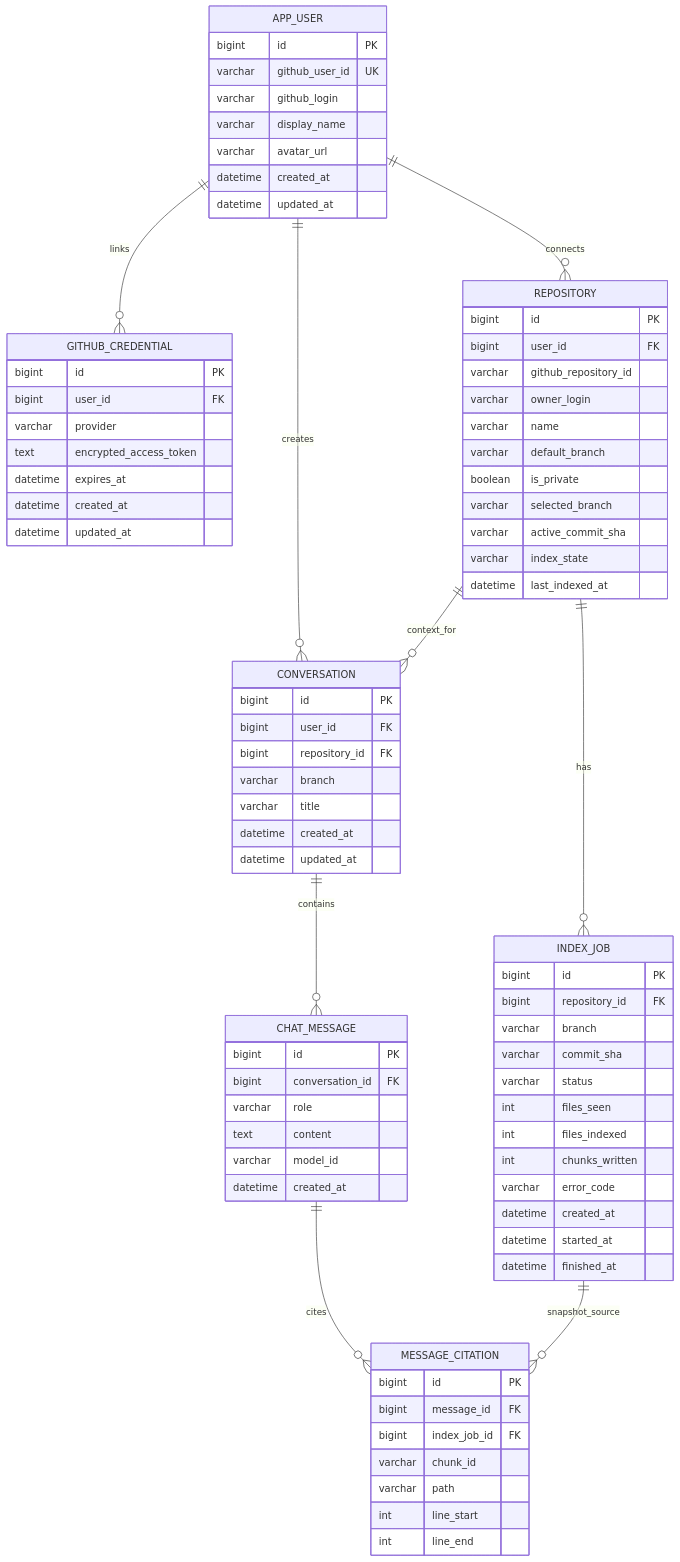
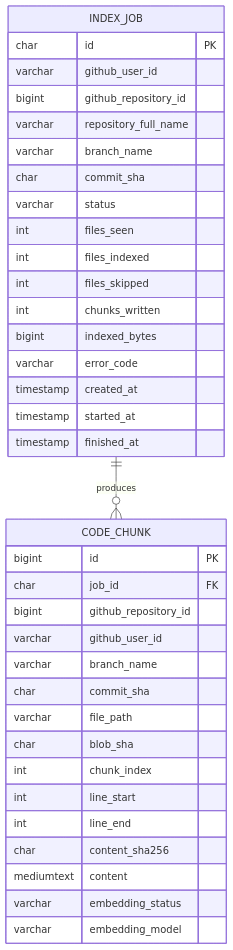
Before and after one commit to AshishKrPandey1234/RepoMind: the diagram in docs/DATABASE.md, drawn with Mermaid. The commit also changed other lines of this file and 85 other files, not shown here.

````diff
--- a/docs/DATABASE.md
+++ b/docs/DATABASE.md
@@ -9,83 +7,40 @@
 ```mermaid
 erDiagram
-  APP_USER ||--o{ GITHUB_CREDENTIAL : links
-  APP_USER ||--o{ REPOSITORY : connects
-  REPOSITORY ||--o{ INDEX_JOB : has
-  APP_USER ||--o{ CONVERSATION : creates
-  REPOSITORY ||--o{ CONVERSATION : context_for
-  CONVERSATION ||--o{ CHAT_MESSAGE : contains
-  CHAT_MESSAGE ||--o{ MESSAGE_CITATION : cites
-  INDEX_JOB ||--o{ MESSAGE_CITATION : snapshot_source
+  INDEX_JOB ||--o{ CODE_CHUNK : produces
 
-  APP_USER {
-    bigint id PK
-    varchar github_user_id UK
-    varchar github_login
-    varchar display_name
-    varchar avatar_url
-    datetime created_at
-    datetime updated_at
-  }
-  GITHUB_CREDENTIAL {
-    bigint id PK
-    bigint user_id FK
-    varchar provider
-    text encrypted_access_token
-    datetime expires_at
-    datetime created_at
-    datetime updated_at
-  }
-  REPOSITORY {
-    bigint id PK
-    bigint user_id FK
-    varchar github_repository_id
-    varchar owner_login
-    varchar name
-    varchar default_branch
-    boolean is_private
-    varchar selected_branch
-    varchar active_commit_sha
-    varchar index_state
-    datetime last_indexed_at
-  }
   INDEX_JOB {
-    bigint id PK
-    bigint repository_id FK
-    varchar branch
-    varchar commit_sha
+    char id PK
+    varchar github_user_id
+    bigint github_repository_id
+    varchar repository_full_name
+    varchar branch_name
+    char commit_sha
     varchar status
     int files_seen
     int files_indexed
+    int files_skipped
     int chunks_written
+    bigint indexed_bytes
     varchar error_code
-    datetime created_at
-    datetime started_at
-    datetime finished_at
+    timestamp created_at
+    timestamp started_at
+    timestamp finished_at
   }
-  CONVERSATION {
+  CODE_CHUNK {
     bigint id PK
-    bigint user_id FK
-    bigint repository_id FK
-    varchar branch
-    varchar title
-    datetime created_at
-    datetime updated_at
-  }
-  CHAT_MESSAGE {
-    bigint id PK
-    bigint conversation_id FK
-    varchar role
-    text content
-    varchar model_id
-    datetime created_at
-  }
-  MESSAGE_CITATION {
-    bigint id PK
-    bigint message_id FK
-    bigint index_job_id FK
-    varchar chunk_id
-    varchar path
+    char job_id FK
+    bigint github_repository_id
+    varchar github_user_id
+    varchar branch_name
+    char commit_sha
+    varchar file_path
+    char blob_sha
+    int chunk_index
     int line_start
     int line_end
+    char content_sha256
+    mediumtext content
+    varchar embedding_status
+    varchar embedding_model
   }
 ```
````
